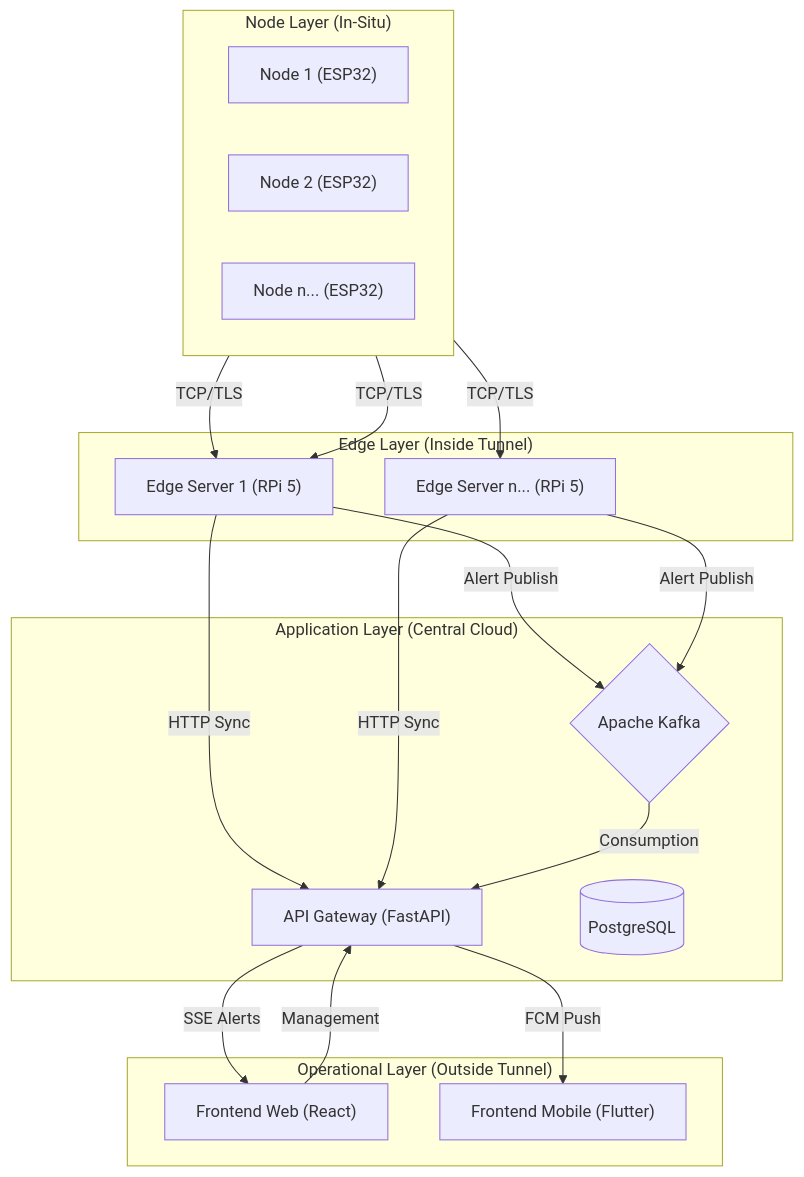
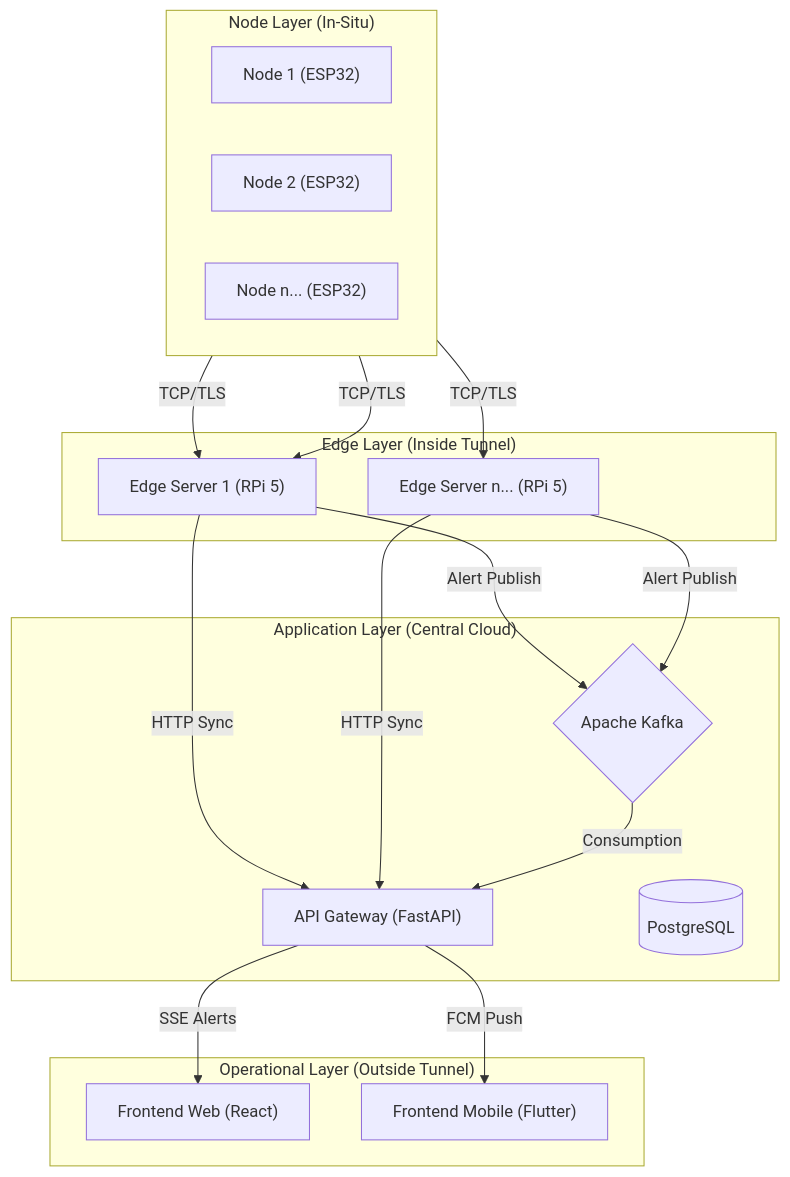
One commit to sam-harold/deepatmos-info changed the first of 5 diagrams in README.md. Above: the diagram before and after it, drawn with Mermaid.

````diff
--- a/README.md
+++ b/README.md
@@ -30,42 +30,41 @@
 ```mermaid
 graph TD
     subgraph "Operational Layer (Outside Tunnel)"
         Web["Frontend Web (React)"]
         Mobile["Frontend Mobile (Flutter)"]
     end
 
     subgraph "Application Layer (Central Cloud)"
         FastAPI["API Gateway (FastAPI)"]
         DB[(PostgreSQL)]
         Kafka{Apache Kafka}
     end
 
     subgraph "Edge Layer (Inside Tunnel)"
         RPi1["Edge Server 1 (RPi 5)"]
         RPi2["Edge Server n... (RPi 5)"]
     end
 
     subgraph "Node Layer (In-Situ)"
         direction LR
         ESP1["Node 1 (ESP32)"]
         ESP2["Node 2 (ESP32)"]
         ESP3["Node n... (ESP32)"]
     end
 
     %% Communication Flows
     ESP1 -- "TCP/TLS" --> RPi1
     ESP2 -- "TCP/TLS" --> RPi1
     ESP3 -- "TCP/TLS" --> RPi2
 
     RPi1 -- "HTTP Sync" --> FastAPI
     RPi2 -- "HTTP Sync" --> FastAPI
 
     RPi1 -- "Alert Publish" --> Kafka
     RPi2 -- "Alert Publish" --> Kafka
 
     Kafka -- "Consumption" --> FastAPI
 
     FastAPI -- "SSE Alerts" --> Web
     FastAPI -- "FCM Push" --> Mobile
-    Web -- "Management" --> FastAPI
 ```
````
